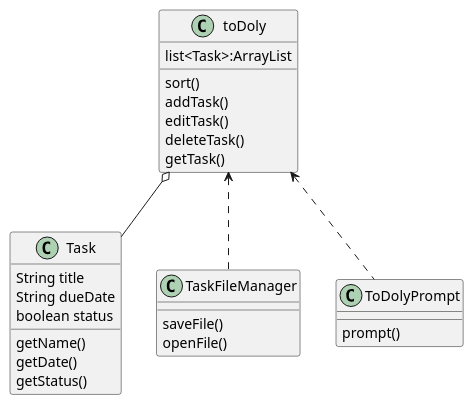
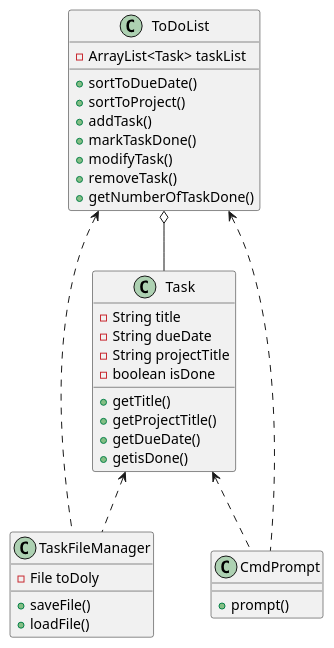
The diagram in README.md (Feifei-Peng/IP-ToDoly), drawn with PlantUML before and after one commit. The commit also changed 39 other files, not shown here.

````diff
--- a/README.md
+++ b/README.md
@@ -26,35 +26,45 @@
 ```puml
-
+'skinparam classAttributeIconSize 0
 class Task {
-    String title
-    String dueDate
-    boolean status
-    getName()
-    getDate()
-    getStatus()
+    -String title
+    -String dueDate
+    -String projectTitle
+    -boolean isDone 
+    +getTitle()
+    +getProjectTitle()
+    +getDueDate()
+    +getisDone()
 }
 
-class toDoly {
-    list<Task>:ArrayList
-    sort()
-    addTask()
-    editTask()
-    deleteTask()
-    getTask()
+class ToDoList {
+    -ArrayList<Task> taskList
+    +sortToDueDate()
+    +sortToProject()
+    +addTask()
+    +markTaskDone()
+    +modifyTask()
+    +removeTask()
+    +getNumberOfTaskDone()
 
 }
 
 class TaskFileManager {
-    saveFile()
-    openFile()
+    -File toDoly
+    +saveFile()
+    +loadFile()
 }
 
-class ToDolyPrompt {
-    prompt()
+class CmdPrompt {
+    +prompt()
+    
 }
 
-toDoly o-- Task 
-toDoly <.. TaskFileManager 
-toDoly <.. ToDolyPrompt
+
+Task <.. TaskFileManager 
+Task <.. CmdPrompt
+ToDoList o-- Task 
+ToDoList <.. TaskFileManager
+ToDoList <.. CmdPrompt
+
 
 ```
````
